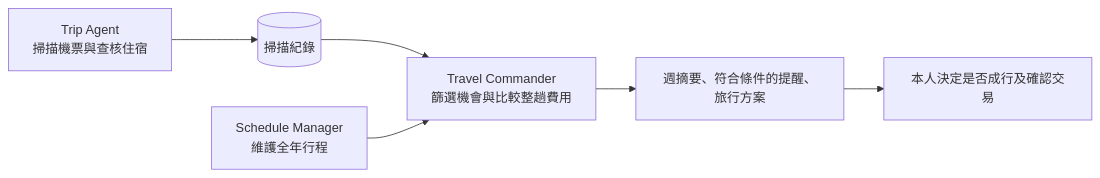
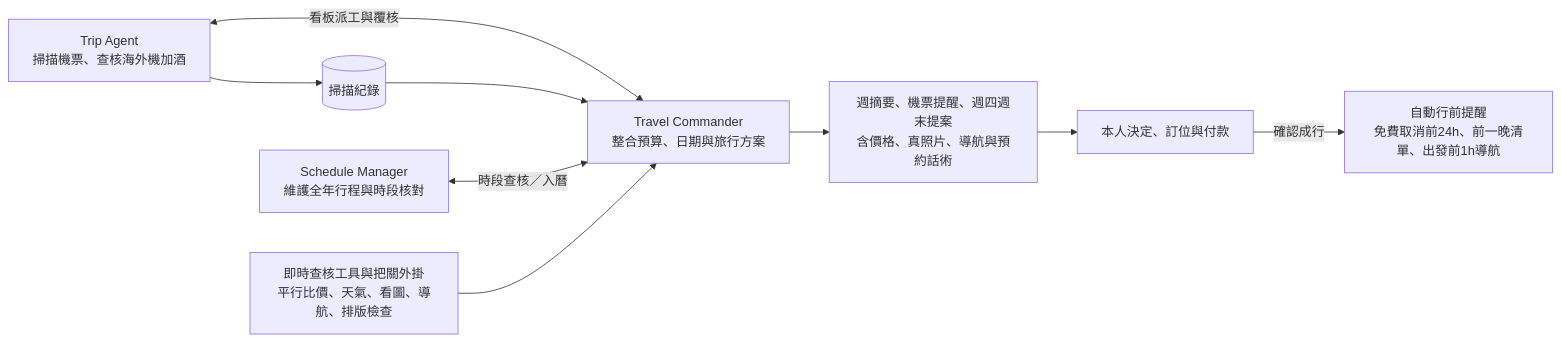
One commit to baka2496/hermes-travel-workflow changed the diagram in README.md. Above: the diagram before and after it, drawn with Mermaid. The commit also changed other lines of this file, not shown here.

Commit message:
Update README flowchart and schedule table to match current workflow

````diff
--- a/README.md
+++ b/README.md
@@ -5,8 +5,10 @@
 ```mermaid
 flowchart LR
-    trip["Trip Agent<br/>掃描機票與查核住宿"] --> db[("掃描紀錄")]
-    db --> command["Travel Commander<br/>篩選機會與比較整趟費用"]
-    schedule["Schedule Manager<br/>維護全年行程"] --> command
-    command --> proposal["週摘要、符合條件的提醒、旅行方案"]
-    proposal --> owner["本人決定是否成行及確認交易"]
+    trip["Trip Agent<br/>掃描機票、查核海外機加酒"] <-->|"看板派工與覆核"| command["Travel Commander<br/>整合預算、日期與旅行方案"]
+    trip --> db[("掃描紀錄")] --> command
+    schedule["Schedule Manager<br/>維護全年行程與時段核對"] <-->|"時段查核／入曆"| command
+    tools["即時查核工具與把關外掛<br/>平行比價、天氣、看圖、導航、排版檢查"] --> command
+    command --> proposal["週摘要、機票提醒、週四週末提案<br/>含價格、真照片、導航與預約話術"]
+    proposal --> owner["本人決定、訂位與付款"]
+    owner -->|"確認成行"| remind["自動行前提醒<br/>免費取消前24h、前一晚清單、出發前1h導航"]
 ```
````
